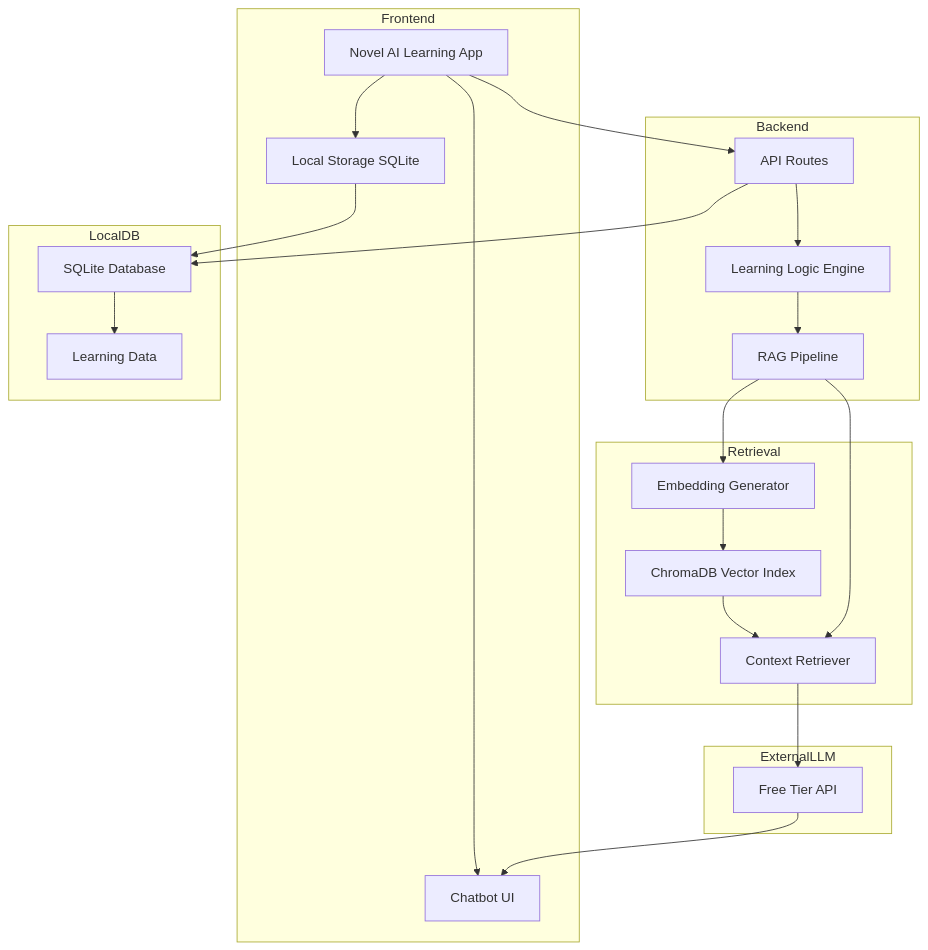
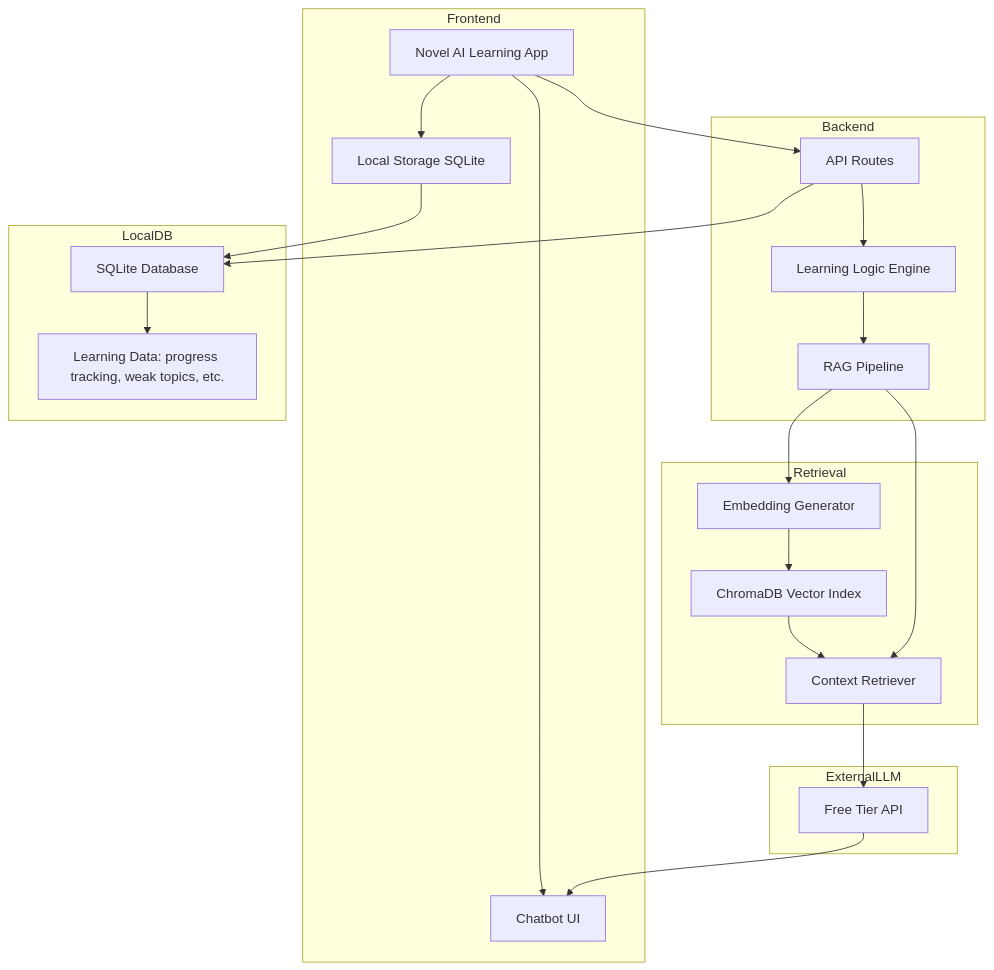
One commit to prakharsingh-74/BabyNest changed the diagram in README.md. Above: the diagram before and after it, drawn with Mermaid.

````diff
--- a/README.md
+++ b/README.md
@@ -95,55 +95,55 @@
 ```mermaid
 graph TD
 
 %% FRONTEND
 subgraph Frontend
     A[Novel AI Learning App]
     B[Chatbot UI]
     C[Local Storage SQLite]
 
     A --> B
     A --> C
 end
 
 %% BACKEND
 subgraph Backend
     D[API Routes]
     E[Learning Logic Engine]
     F[RAG Pipeline]
 
     D --> E
     E --> F
 end
 
 %% LOCAL DATABASE
 subgraph LocalDB
     G[SQLite Database]
-    H[Learning Data]
+    H[Learning Data: progress tracking, weak topics, etc.]
 
     G --> H
 end
 
 %% RAG LAYER
 subgraph Retrieval
     I[Embedding Generator]
     J[ChromaDB Vector Index]
     K[Context Retriever]
 
     I --> J
     J --> K
 end
 
 %% EXTERNAL LLM
 subgraph ExternalLLM
     L[Free Tier API]
 end
 
 %% CONNECTIONS
 A --> D
 D --> G
 F --> I
 F --> K
 K --> L
 L --> B
 C --> G
 ```
````
